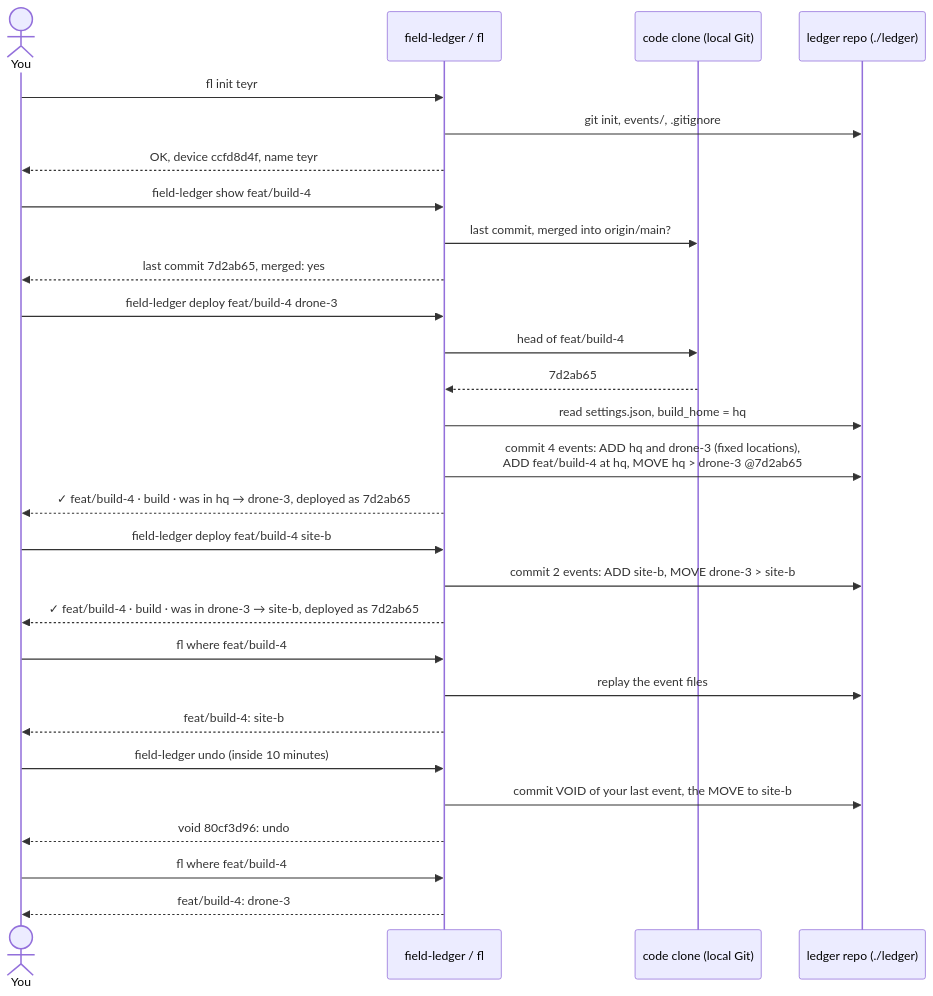
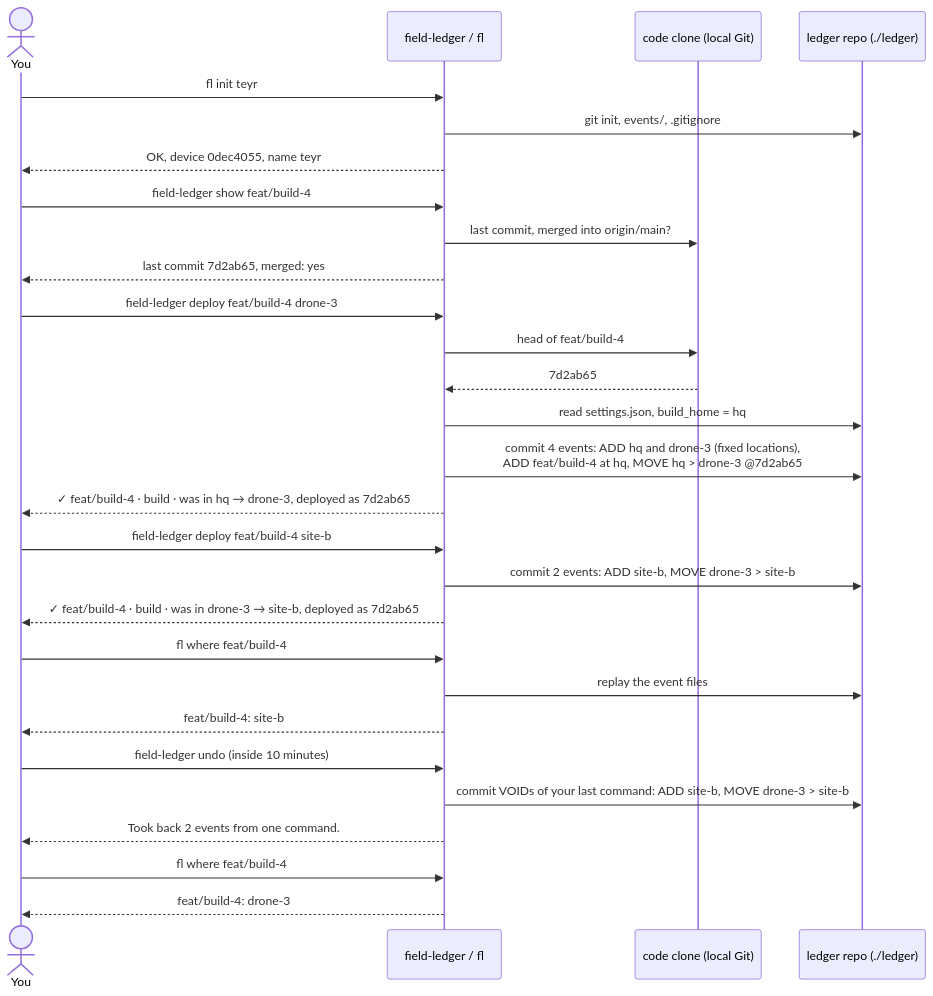
Before and after one commit to TeyrCrimson/field-ledger: the diagram in README.md, drawn with Mermaid. The commit also changed other lines of this file and 7 other files, not shown here.

First line of the commit message:
feat(undo): take back your whole last command

````diff
--- a/README.md
+++ b/README.md
@@ -290,37 +290,37 @@
 ```mermaid
 sequenceDiagram
     actor You
     participant CLI as field-ledger / fl
     participant Code as code clone (local Git)
     participant Ledger as ledger repo (./ledger)
 
     You->>CLI: fl init teyr
     CLI->>Ledger: git init, events/, .gitignore
-    CLI-->>You: OK, device ccfd8d4f, name teyr
+    CLI-->>You: OK, device 0dec4055, name teyr
 
     You->>CLI: field-ledger show feat/build-4
     CLI->>Code: last commit, merged into origin/main?
     CLI-->>You: last commit 7d2ab65, merged: yes
 
     You->>CLI: field-ledger deploy feat/build-4 drone-3
     CLI->>Code: head of feat/build-4
     Code-->>CLI: 7d2ab65
     CLI->>Ledger: read settings.json, build_home = hq
     CLI->>Ledger: commit 4 events: ADD hq and drone-3 (fixed locations),<br/>ADD feat/build-4 at hq, MOVE hq > drone-3 @7d2ab65
     CLI-->>You: ✓ feat/build-4 · build · was in hq → drone-3, deployed as 7d2ab65
 
     You->>CLI: field-ledger deploy feat/build-4 site-b
     CLI->>Ledger: commit 2 events: ADD site-b, MOVE drone-3 > site-b
     CLI-->>You: ✓ feat/build-4 · build · was in drone-3 → site-b, deployed as 7d2ab65
 
     You->>CLI: fl where feat/build-4
     CLI->>Ledger: replay the event files
     CLI-->>You: feat/build-4: site-b
 
     You->>CLI: field-ledger undo (inside 10 minutes)
-    CLI->>Ledger: commit VOID of your last event, the MOVE to site-b
-    CLI-->>You: void 80cf3d96: undo
+    CLI->>Ledger: commit VOIDs of your last command: ADD site-b, MOVE drone-3 > site-b
+    CLI-->>You: Took back 2 events from one command.
 
     You->>CLI: fl where feat/build-4
     CLI-->>You: feat/build-4: drone-3
 ```
````
